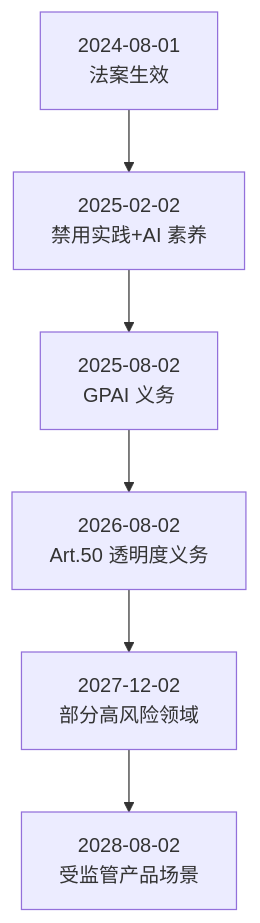
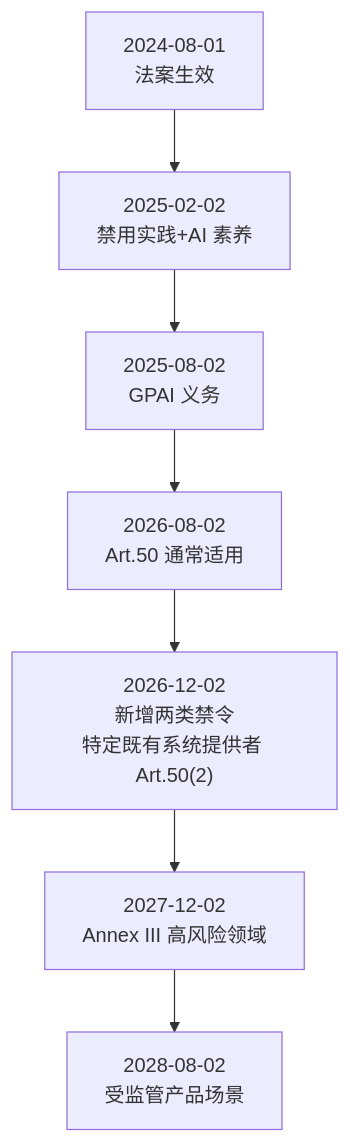
One commit to yeasy/ai_security_guide changed the diagram in 15_governance/15.1_regulations.md. Above: the diagram before and after it, drawn with Mermaid. The commit also changed other lines of this file and 64 other files, not shown here.

````diff
--- a/15_governance/15.1_regulations.md
+++ b/15_governance/15.1_regulations.md
@@ -43,8 +44,9 @@
 ```mermaid
 flowchart TB
     A["2024-08-01<br/>法案生效"] --> B["2025-02-02<br/>禁用实践+AI 素养"]
     B --> C["2025-08-02<br/>GPAI 义务"]
-    C --> T["2026-08-02<br/>Art.50 透明度义务"]
-    T --> D["2027-12-02<br/>部分高风险领域"]
+    C --> T["2026-08-02<br/>Art.50 通常适用"]
+    T --> G["2026-12-02<br/>新增两类禁令<br/>特定既有系统提供者 Art.50(2)"]
+    G --> D["2027-12-02<br/>Annex III 高风险领域"]
     D --> E["2028-08-02<br/>受监管产品场景"]
 ```
````
